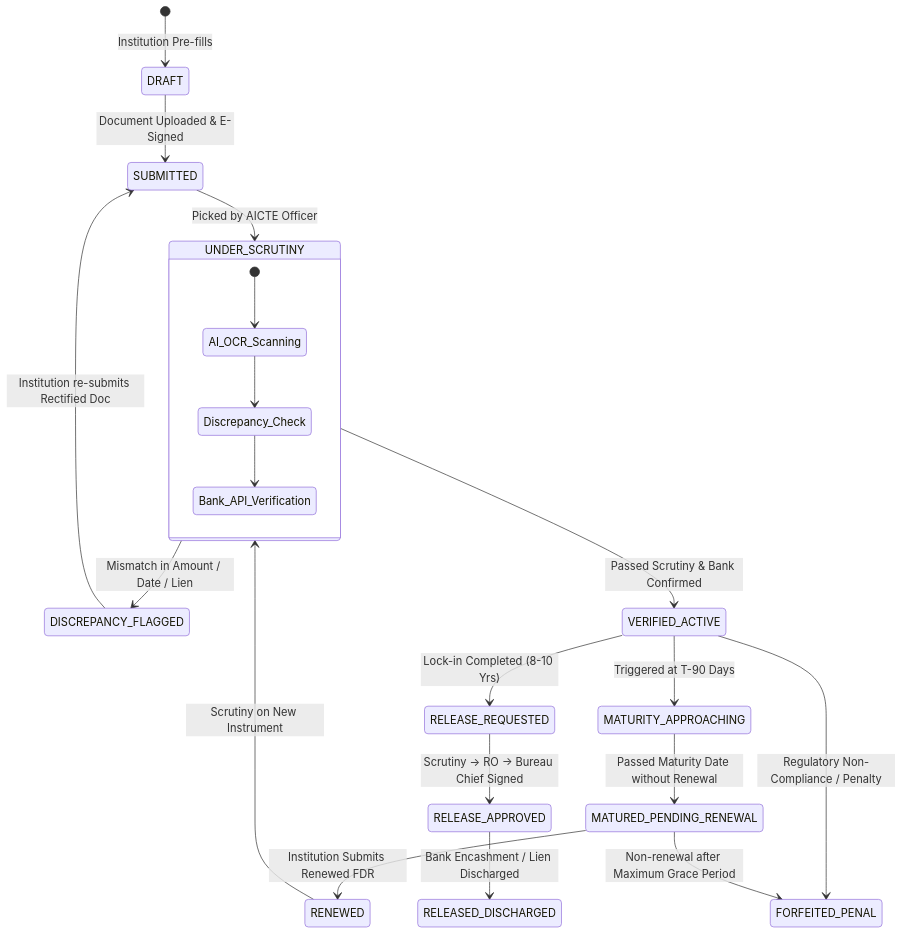
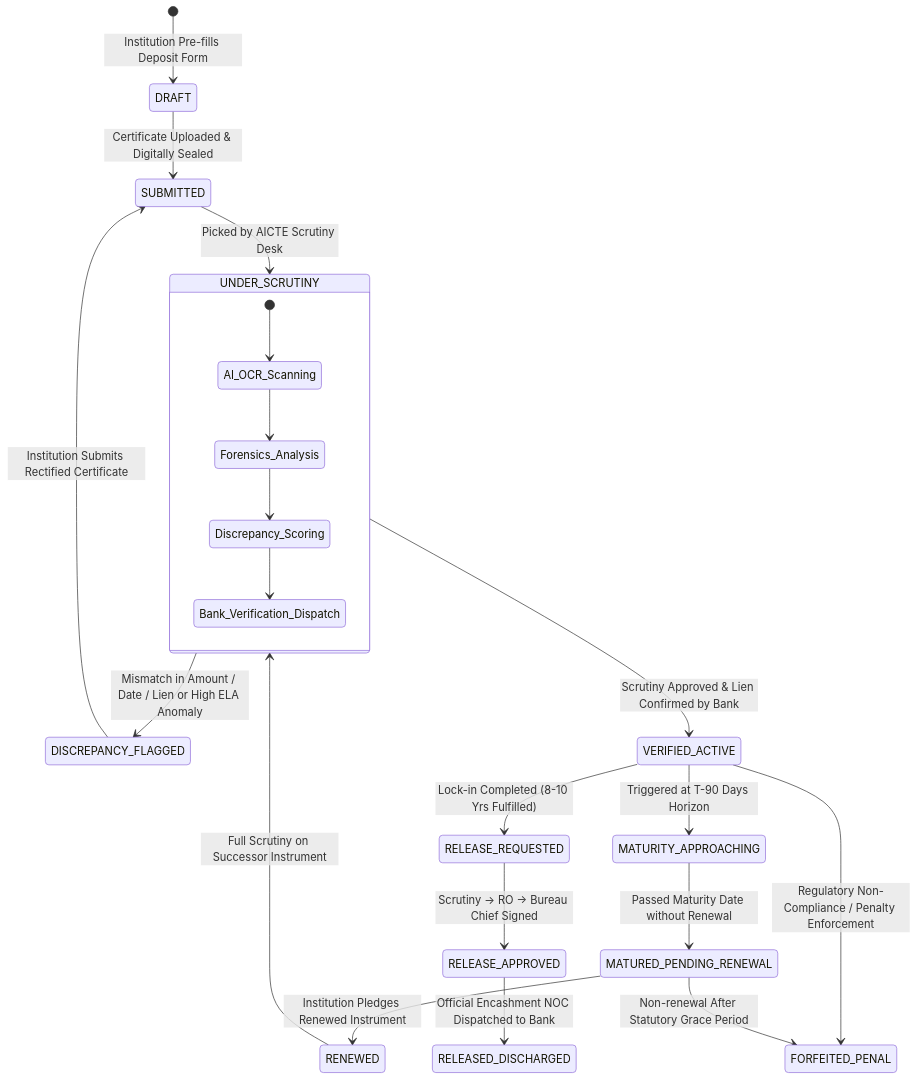
The ninth of 10 diagrams in docs/02_IMPLEMENTATION_PLAN_AND_ARCHITECTURE.md (AnirudhPhophalia/sih-2026-ps1-ani-van-par), drawn with Mermaid before and after one commit. The commit also changed other lines of this file and 5 other files, not shown here.

Commit message:
docs: add system architecture documentation, initial database, and sample storage assets

````diff
--- a/docs/02_IMPLEMENTATION_PLAN_AND_ARCHITECTURE.md
+++ b/docs/02_IMPLEMENTATION_PLAN_AND_ARCHITECTURE.md
@@ -291,30 +483,31 @@
 ```mermaid
 stateDiagram-v2
-    [*] --> DRAFT : Institution Pre-fills
-    DRAFT --> SUBMITTED : Document Uploaded & E-Signed
-    SUBMITTED --> UNDER_SCRUTINY : Picked by AICTE Officer
+    [*] --> DRAFT : Institution Pre-fills Deposit Form
+    DRAFT --> SUBMITTED : Certificate Uploaded & Digitally Sealed
+    SUBMITTED --> UNDER_SCRUTINY : Picked by AICTE Scrutiny Desk
     
     state UNDER_SCRUTINY {
         [*] --> AI_OCR_Scanning
-        AI_OCR_Scanning --> Discrepancy_Check
-        Discrepancy_Check --> Bank_API_Verification
+        AI_OCR_Scanning --> Forensics_Analysis
+        Forensics_Analysis --> Discrepancy_Scoring
+        Discrepancy_Scoring --> Bank_Verification_Dispatch
     }
     
-    UNDER_SCRUTINY --> DISCREPANCY_FLAGGED : Mismatch in Amount / Date / Lien
-    DISCREPANCY_FLAGGED --> SUBMITTED : Institution re-submits Rectified Doc
+    UNDER_SCRUTINY --> DISCREPANCY_FLAGGED : Mismatch in Amount / Date / Lien or High ELA Anomaly
+    DISCREPANCY_FLAGGED --> SUBMITTED : Institution Submits Rectified Certificate
     
-    UNDER_SCRUTINY --> VERIFIED_ACTIVE : Passed Scrutiny & Bank Confirmed
+    UNDER_SCRUTINY --> VERIFIED_ACTIVE : Scrutiny Approved & Lien Confirmed by Bank
     
-    VERIFIED_ACTIVE --> MATURITY_APPROACHING : Triggered at T-90 Days
+    VERIFIED_ACTIVE --> MATURITY_APPROACHING : Triggered at T-90 Days Horizon
     MATURITY_APPROACHING --> MATURED_PENDING_RENEWAL : Passed Maturity Date without Renewal
     
-    MATURED_PENDING_RENEWAL --> RENEWED : Institution Submits Renewed FDR
-    RENEWED --> UNDER_SCRUTINY : Scrutiny on New Instrument
+    MATURED_PENDING_RENEWAL --> RENEWED : Institution Pledges Renewed Instrument
+    RENEWED --> UNDER_SCRUTINY : Full Scrutiny on Successor Instrument
     
-    VERIFIED_ACTIVE --> RELEASE_REQUESTED : Lock-in Completed (8-10 Yrs)
+    VERIFIED_ACTIVE --> RELEASE_REQUESTED : Lock-in Completed (8-10 Yrs Fulfilled)
     RELEASE_REQUESTED --> RELEASE_APPROVED : Scrutiny -> RO -> Bureau Chief Signed
-    RELEASE_APPROVED --> RELEASED_DISCHARGED : Bank Encashment / Lien Discharged
+    RELEASE_APPROVED --> RELEASED_DISCHARGED : Official Encashment NOC Dispatched to Bank
     
-    VERIFIED_ACTIVE --> FORFEITED_PENAL : Regulatory Non-Compliance / Penalty
-    MATURED_PENDING_RENEWAL --> FORFEITED_PENAL : Non-renewal after Maximum Grace Period
+    VERIFIED_ACTIVE --> FORFEITED_PENAL : Regulatory Non-Compliance / Penalty Enforcement
+    MATURED_PENDING_RENEWAL --> FORFEITED_PENAL : Non-renewal After Statutory Grace Period
 ```
````
